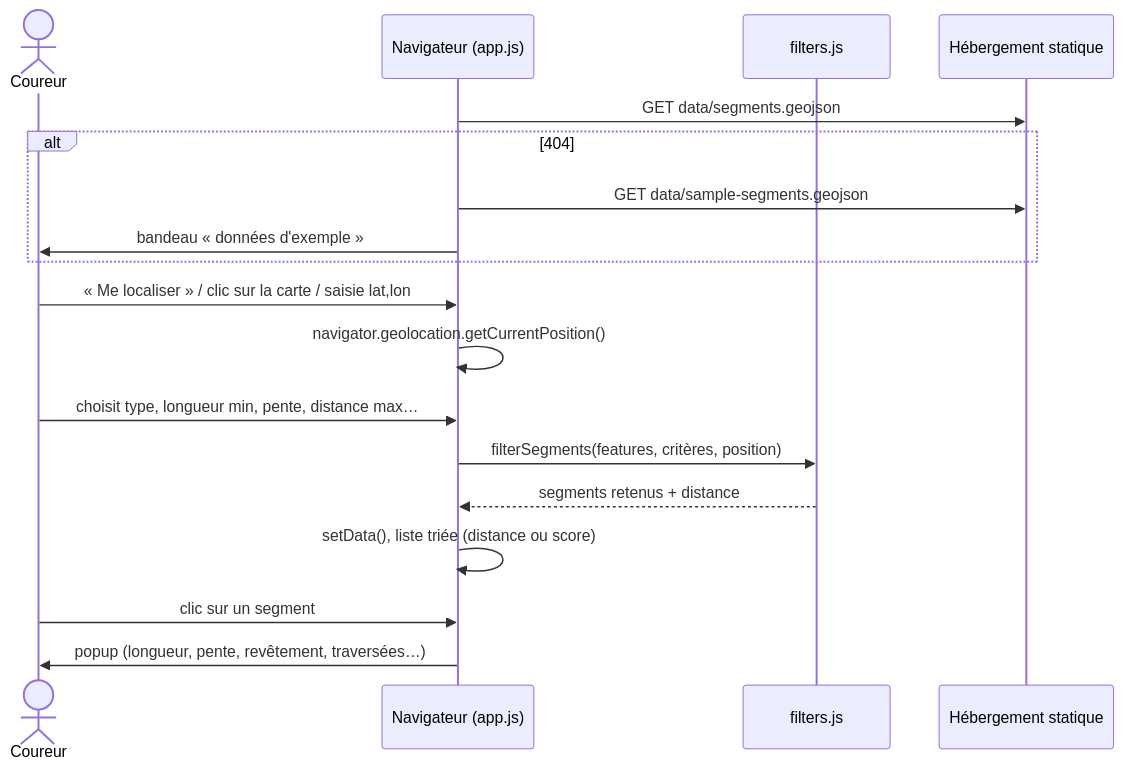
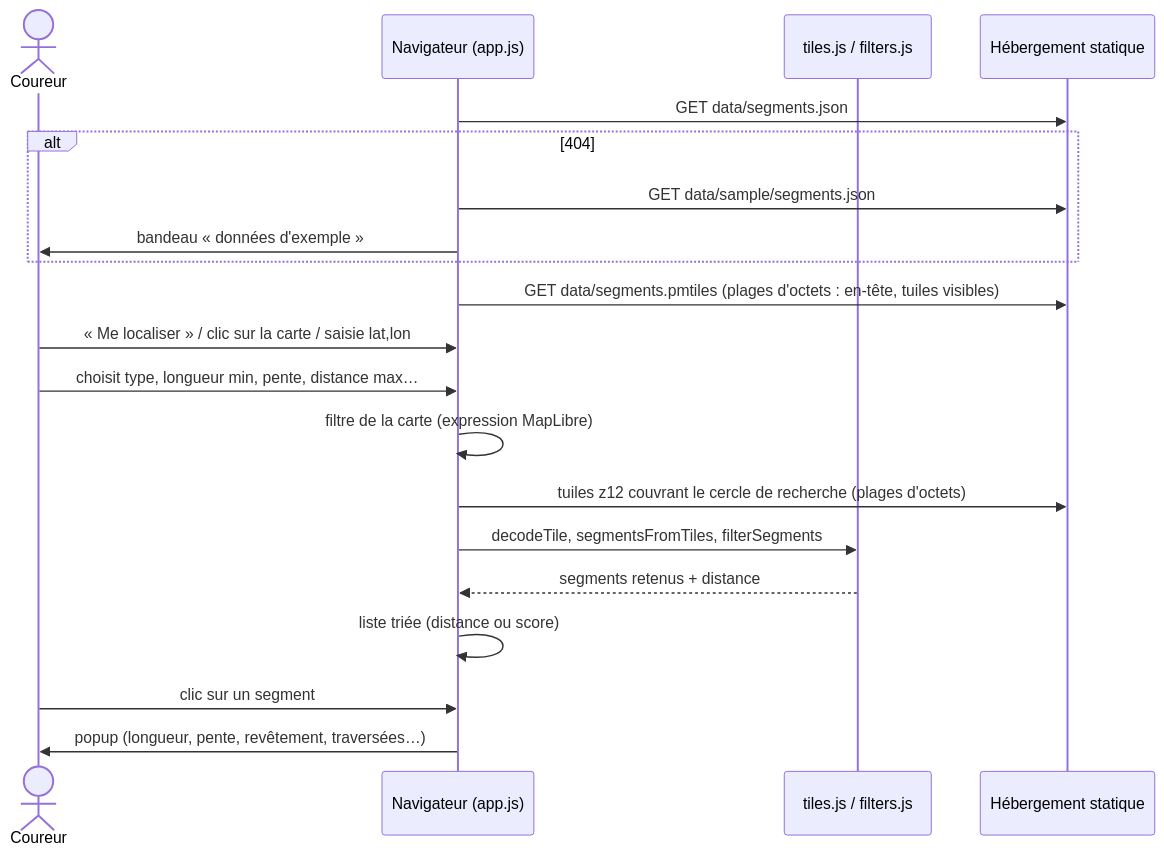
One commit to jsilobre/Flat-segments changed the second of 4 diagrams in docs/architecture.md. Above: the diagram before and after it, drawn with Mermaid. The commit also changed other lines of this file and 4 other files, not shown here.

First line of the commit message:
docs: phase 2.2 report, published tiles in the data model and architecture

````diff
--- a/docs/architecture.md
+++ b/docs/architecture.md
@@ -181,21 +204,23 @@
 ```mermaid
 sequenceDiagram
     actor U as Coureur
     participant B as Navigateur (app.js)
-    participant F as filters.js
+    participant T as tiles.js / filters.js
     participant S as Hébergement statique
 
-    B->>S: GET data/segments.geojson
+    B->>S: GET data/segments.json
     alt 404
-        B->>S: GET data/sample-segments.geojson
+        B->>S: GET data/sample/segments.json
         B->>U: bandeau « données d'exemple »
     end
+    B->>S: GET data/segments.pmtiles (plages d'octets : en-tête, tuiles visibles)
     U->>B: « Me localiser » / clic sur la carte / saisie lat,lon
-    B->>B: navigator.geolocation.getCurrentPosition()
     U->>B: choisit type, longueur min, pente, distance max…
-    B->>F: filterSegments(features, critères, position)
-    F-->>B: segments retenus + distance
-    B->>B: setData(), liste triée (distance ou score)
+    B->>B: filtre de la carte (expression MapLibre)
+    B->>S: tuiles z12 couvrant le cercle de recherche (plages d'octets)
+    B->>T: decodeTile, segmentsFromTiles, filterSegments
+    T-->>B: segments retenus + distance
+    B->>B: liste triée (distance ou score)
     U->>B: clic sur un segment
     B->>U: popup (longueur, pente, revêtement, traversées…)
 ```
````
